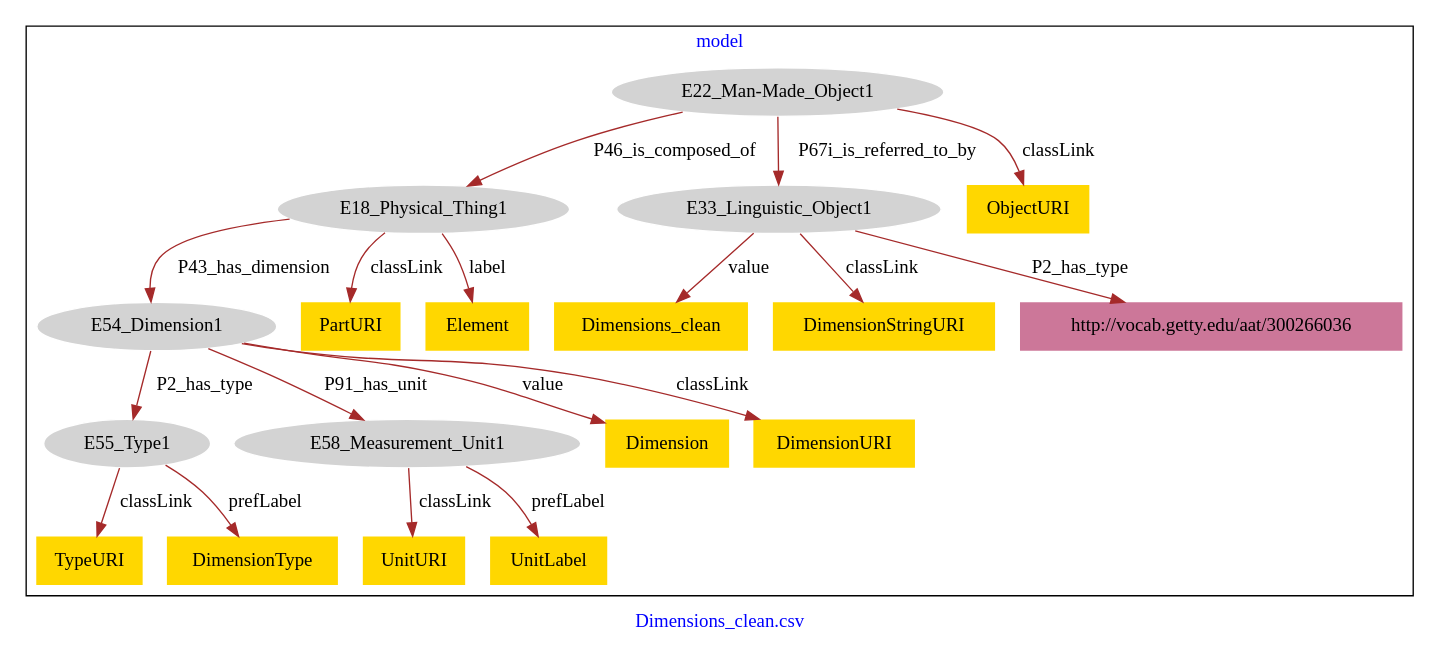
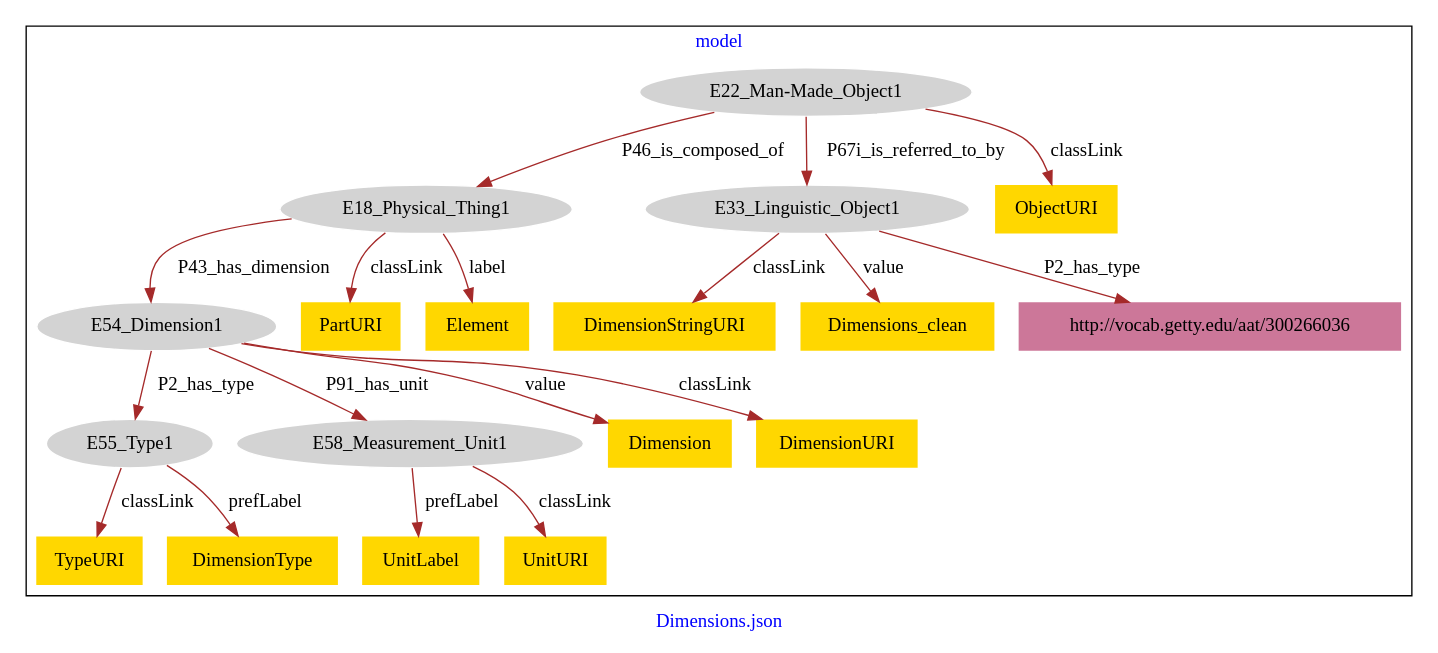
The diagram in Dimensions/Dimensions-model.dot (american-art/GM), drawn with Graphviz before and after one commit.

Commit message:
Update file Dimensions-model.dot

```diff
--- a/Dimensions/Dimensions-model.dot
+++ b/Dimensions/Dimensions-model.dot
@@ -1,43 +1,43 @@
 digraph n0 {
 fontcolor="blue"
 remincross="true"
-label="Dimensions_clean.csv"
+label="Dimensions.json"
 subgraph cluster {
 label="model"
 n2[style="filled",color="white",fillcolor="lightgray",label="E18_Physical_Thing1"];
 n3[style="filled",color="white",fillcolor="lightgray",label="E54_Dimension1"];
 n4[style="filled",color="white",fillcolor="lightgray",label="E22_Man-Made_Object1"];
 n5[style="filled",color="white",fillcolor="lightgray",label="E33_Linguistic_Object1"];
 n6[style="filled",color="white",fillcolor="lightgray",label="E55_Type1"];
 n7[style="filled",color="white",fillcolor="lightgray",label="E58_Measurement_Unit1"];
-n8[shape="plaintext",style="filled",fillcolor="gold",label="UnitURI"];
+n8[shape="plaintext",style="filled",fillcolor="gold",label="ObjectURI"];
 n9[shape="plaintext",style="filled",fillcolor="gold",label="PartURI"];
 n10[shape="plaintext",style="filled",fillcolor="gold",label="TypeURI"];
-n11[shape="plaintext",style="filled",fillcolor="gold",label="ObjectURI"];
-n12[shape="plaintext",style="filled",fillcolor="gold",label="Dimensions_clean"];
-n13[shape="plaintext",style="filled",fillcolor="gold",label="DimensionStringURI"];
-n14[shape="plaintext",style="filled",fillcolor="gold",label="DimensionType"];
-n15[shape="plaintext",style="filled",fillcolor="gold",label="Element"];
-n16[shape="plaintext",style="filled",fillcolor="gold",label="UnitLabel"];
-n17[shape="plaintext",style="filled",fillcolor="gold",label="Dimension"];
-n18[shape="plaintext",style="filled",fillcolor="gold",label="DimensionURI"];
+n11[shape="plaintext",style="filled",fillcolor="gold",label="DimensionStringURI"];
+n12[shape="plaintext",style="filled",fillcolor="gold",label="DimensionType"];
+n13[shape="plaintext",style="filled",fillcolor="gold",label="UnitLabel"];
+n14[shape="plaintext",style="filled",fillcolor="gold",label="UnitURI"];
+n15[shape="plaintext",style="filled",fillcolor="gold",label="Dimensions_clean"];
+n16[shape="plaintext",style="filled",fillcolor="gold",label="Dimension"];
+n17[shape="plaintext",style="filled",fillcolor="gold",label="DimensionURI"];
+n18[shape="plaintext",style="filled",fillcolor="gold",label="Element"];
 n19[shape="plaintext",style="filled",fillcolor="#CC7799",label="http://vocab.getty.edu/aat/300266036"];
 }
 n2 -> n3[color="brown",fontcolor="black",label="P43_has_dimension"]
 n4 -> n2[color="brown",fontcolor="black",label="P46_is_composed_of"]
 n4 -> n5[color="brown",fontcolor="black",label="P67i_is_referred_to_by"]
 n3 -> n6[color="brown",fontcolor="black",label="P2_has_type"]
 n3 -> n7[color="brown",fontcolor="black",label="P91_has_unit"]
-n7 -> n8[color="brown",fontcolor="black",label="classLink"]
+n4 -> n8[color="brown",fontcolor="black",label="classLink"]
 n2 -> n9[color="brown",fontcolor="black",label="classLink"]
 n6 -> n10[color="brown",fontcolor="black",label="classLink"]
-n4 -> n11[color="brown",fontcolor="black",label="classLink"]
-n5 -> n12[color="brown",fontcolor="black",label="value"]
-n5 -> n13[color="brown",fontcolor="black",label="classLink"]
-n6 -> n14[color="brown",fontcolor="black",label="prefLabel"]
-n2 -> n15[color="brown",fontcolor="black",label="label"]
-n7 -> n16[color="brown",fontcolor="black",label="prefLabel"]
-n3 -> n17[color="brown",fontcolor="black",label="value"]
-n3 -> n18[color="brown",fontcolor="black",label="classLink"]
+n5 -> n11[color="brown",fontcolor="black",label="classLink"]
+n6 -> n12[color="brown",fontcolor="black",label="prefLabel"]
+n7 -> n13[color="brown",fontcolor="black",label="prefLabel"]
+n7 -> n14[color="brown",fontcolor="black",label="classLink"]
+n5 -> n15[color="brown",fontcolor="black",label="value"]
+n3 -> n16[color="brown",fontcolor="black",label="value"]
+n3 -> n17[color="brown",fontcolor="black",label="classLink"]
+n2 -> n18[color="brown",fontcolor="black",label="label"]
 n5 -> n19[color="brown",fontcolor="black",label="P2_has_type"]
 }
```
